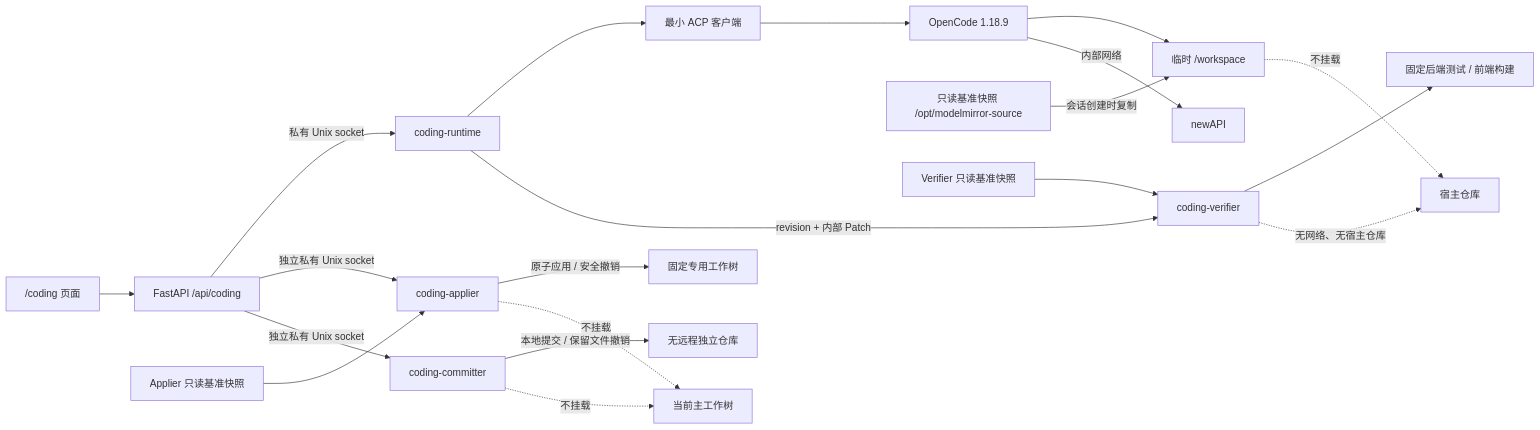
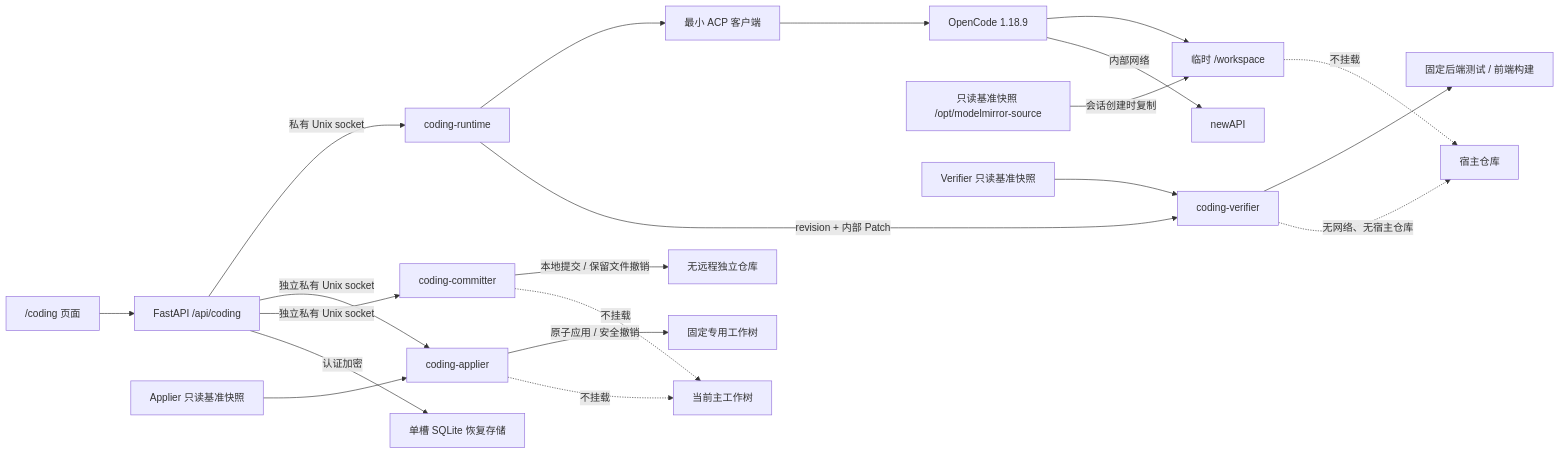
The diagram in docs/CODING_AGENT_INTEGRATION.md (PinkElf-Elysia/ModelMirror), drawn with Mermaid before and after one commit. The commit also changed other lines of this file and 4 other files, not shown here.

````diff
--- a/docs/CODING_AGENT_INTEGRATION.md
+++ b/docs/CODING_AGENT_INTEGRATION.md
@@ -51,22 +54,23 @@
 ```mermaid
 flowchart LR
   UI["/coding 页面"] --> API["FastAPI /api/coding"]
   API -->|"私有 Unix socket"| WORKER["coding-runtime"]
   WORKER --> ACP["最小 ACP 客户端"]
   ACP --> OC["OpenCode 1.18.9"]
   SOURCE["只读基准快照 /opt/modelmirror-source"] -->|"会话创建时复制"| WORK["临时 /workspace"]
   OC --> WORK
   OC -->|"内部网络"| GW["newAPI"]
   WORKER -->|"revision + 内部 Patch"| VERIFY["coding-verifier"]
   SOURCE2["Verifier 只读基准快照"] --> VERIFY
   VERIFY --> CHECKS["固定后端测试 / 前端构建"]
   API -->|"独立私有 Unix socket"| APPLY["coding-applier"]
   SOURCE3["Applier 只读基准快照"] --> APPLY
   APPLY -->|"原子应用 / 安全撤销"| TARGET["固定专用工作树"]
   API -->|"独立私有 Unix socket"| COMMIT["coding-committer"]
   COMMIT -->|"本地提交 / 保留文件撤销"| REPO["无远程独立仓库"]
+  API -->|"认证加密"| RECOVERY["单槽 SQLite 恢复存储"]
   VERIFY -. "无网络、无宿主仓库" .-> HOST["宿主仓库"]
   WORK -. "不挂载" .-> HOST["宿主仓库"]
   APPLY -. "不挂载" .-> CURRENT["当前主工作树"]
   COMMIT -. "不挂载" .-> CURRENT
 ```
````
